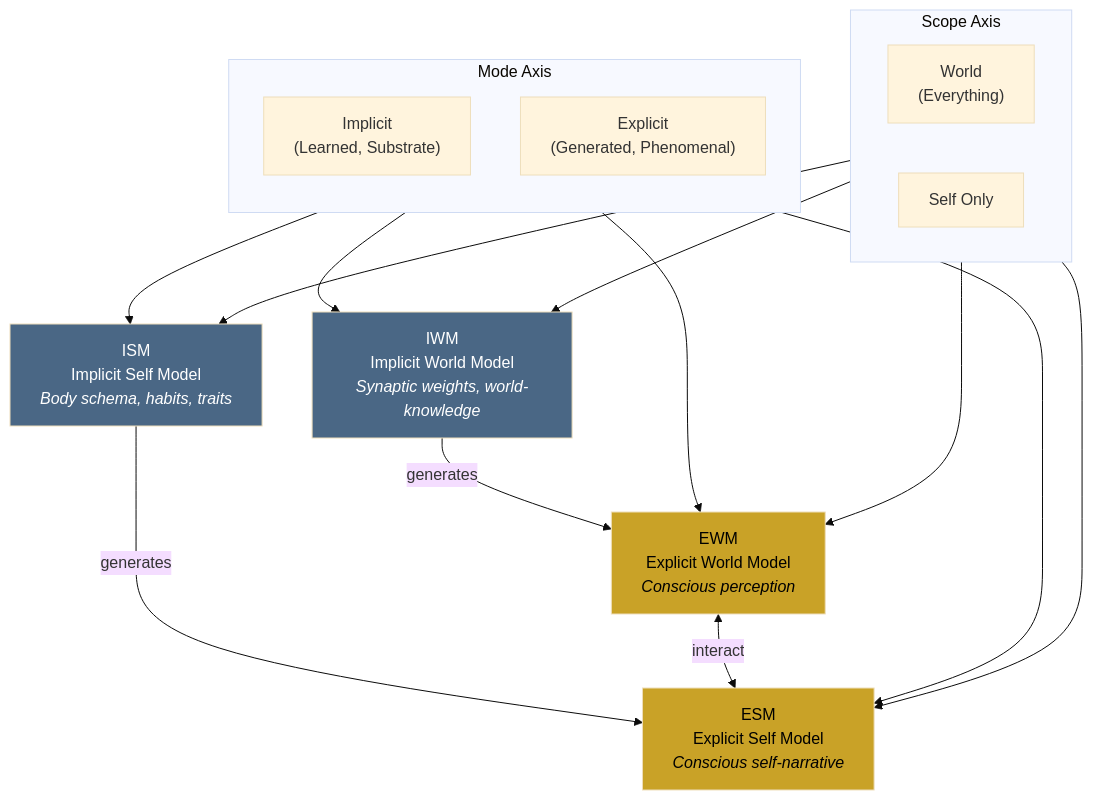
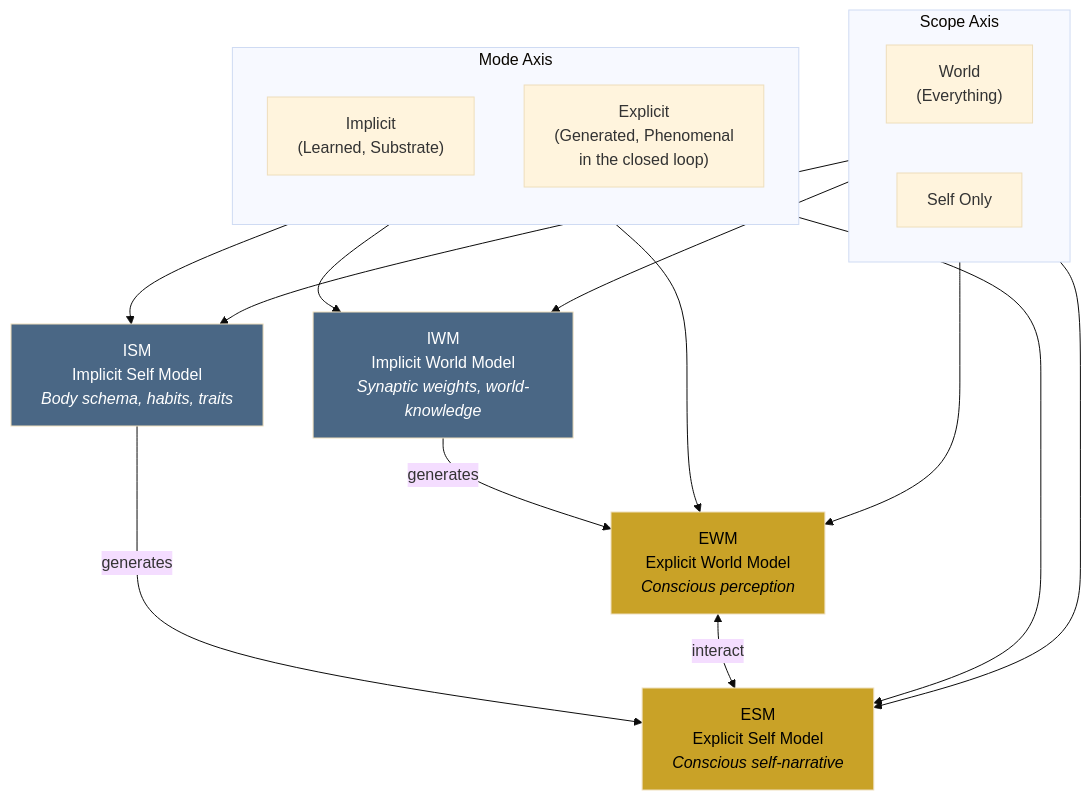
The second of 2 diagrams in wiki/core-architecture/four-model-theory.md (JeltzProstetnic/aIware), drawn with Mermaid (base theme) before and after one commit. The commit also changed other lines of this file and 366 other files, not shown here.

````diff
--- a/wiki/core-architecture/four-model-theory.md
+++ b/wiki/core-architecture/four-model-theory.md
@@ -51,36 +51,36 @@
 ```mermaid
 graph TB
     subgraph Scope["Scope Axis"]
         direction LR
         W["World<br/>(Everything)"]
         S["Self Only"]
     end
     subgraph Mode["Mode Axis"]
         direction TB
         I["Implicit<br/>(Learned, Substrate)"]
-        E["Explicit<br/>(Generated, Phenomenal)"]
+        E["Explicit<br/>(Generated, Phenomenal<br/>in the closed loop)"]
     end
 
     IWM["IWM<br/>Implicit World Model<br/><i>Synaptic weights, world-knowledge</i>"]
     ISM["ISM<br/>Implicit Self Model<br/><i>Body schema, habits, traits</i>"]
     EWM["EWM<br/>Explicit World Model<br/><i>Conscious perception</i>"]
     ESM["ESM<br/>Explicit Self Model<br/><i>Conscious self-narrative</i>"]
 
     I --> IWM
     I --> ISM
     E --> EWM
     E --> ESM
     W --> IWM
     W --> EWM
     S --> ISM
     S --> ESM
 
     IWM -->|"generates"| EWM
     ISM -->|"generates"| ESM
     EWM <-->|"interact"| ESM
 
     style IWM fill:#4a6785,color:#fff
     style ISM fill:#4a6785,color:#fff
     style EWM fill:#c9a227,color:#000
     style ESM fill:#c9a227,color:#000
 ```
````
